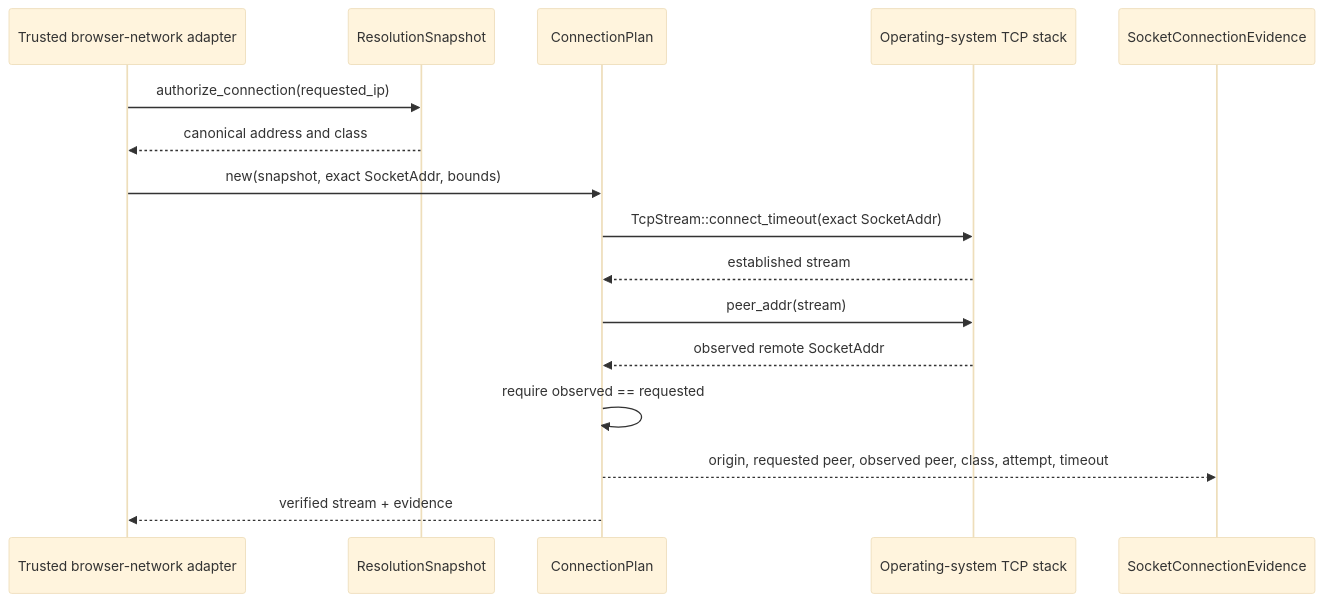
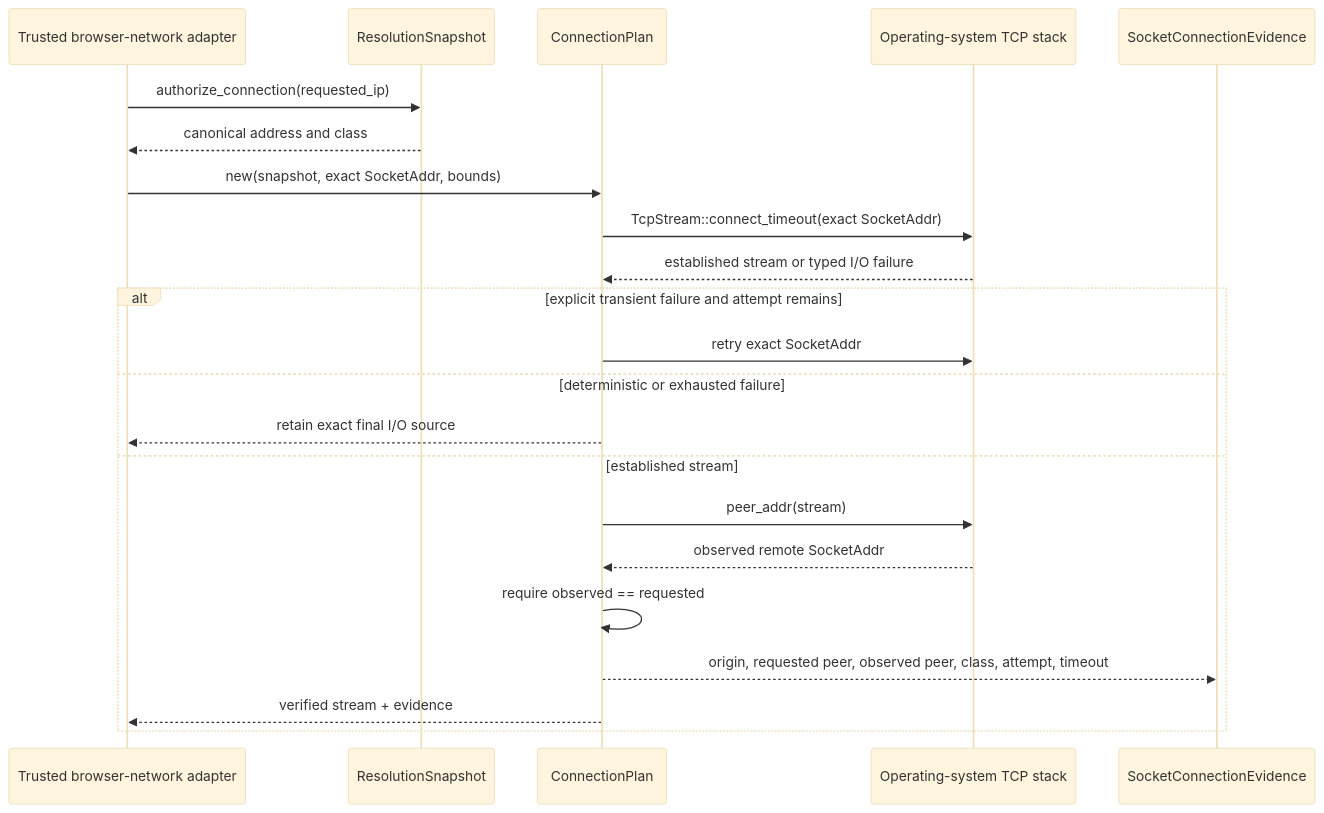
One commit to ContextualWisdomLab/OriginWeave changed the diagram in docs/adr/0005-direct-socket-binding.md. Above: the diagram before and after it, drawn with Mermaid (base theme). The commit also changed other lines of this file, not shown here.

Commit message:
docs(network): bound retries to transient failures

````diff
--- a/docs/adr/0005-direct-socket-binding.md
+++ b/docs/adr/0005-direct-socket-binding.md
@@ -28,19 +32,25 @@
 ```mermaid
 sequenceDiagram
     participant Adapter as Trusted browser-network adapter
     participant Snapshot as ResolutionSnapshot
     participant Plan as ConnectionPlan
     participant OS as Operating-system TCP stack
     participant Evidence as SocketConnectionEvidence
 
     Adapter->>Snapshot: authorize_connection(requested_ip)
     Snapshot-->>Adapter: canonical address and class
     Adapter->>Plan: new(snapshot, exact SocketAddr, bounds)
     Plan->>OS: TcpStream::connect_timeout(exact SocketAddr)
-    OS-->>Plan: established stream
-    Plan->>OS: peer_addr(stream)
-    OS-->>Plan: observed remote SocketAddr
-    Plan->>Plan: require observed == requested
-    Plan-->>Evidence: origin, requested peer, observed peer, class, attempt, timeout
-    Plan-->>Adapter: verified stream + evidence
+    OS-->>Plan: established stream or typed I/O failure
+    alt explicit transient failure and attempt remains
+        Plan->>OS: retry exact SocketAddr
+    else deterministic or exhausted failure
+        Plan-->>Adapter: retain exact final I/O source
+    else established stream
+        Plan->>OS: peer_addr(stream)
+        OS-->>Plan: observed remote SocketAddr
+        Plan->>Plan: require observed == requested
+        Plan-->>Evidence: origin, requested peer, observed peer, class, attempt, timeout
+        Plan-->>Adapter: verified stream + evidence
+    end
 ```
````
